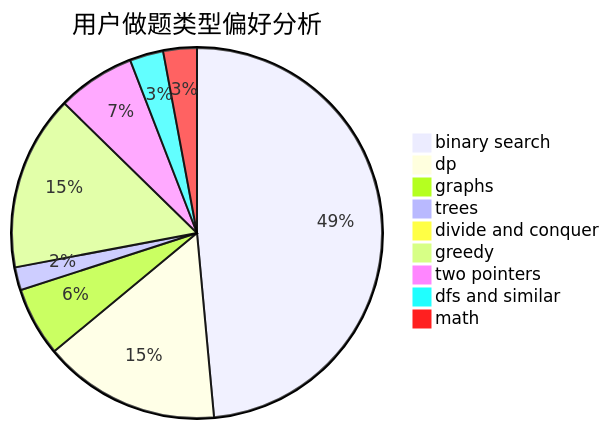
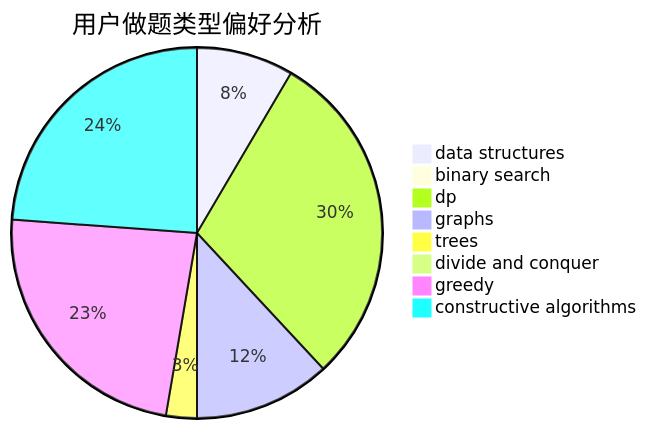
The second of 3 diagrams in docs/user/u1537.md (sherpahu/cfrs.github.io), drawn with Mermaid before and after one commit. The commit also changed other lines of this file and 2775 other files, not shown here.

````diff
--- a/docs/user/u1537.md
+++ b/docs/user/u1537.md
@@ -23,12 +23,11 @@
 ```mermaid
 pie title 用户做题类型偏好分析
-    "binary search" :  314
-    "dp" :  100
-    "graphs" :  39
-    "trees" :  13
+    "data structures" :  22
+    "binary search" :  0
+    "dp" :  77
+    "graphs" :  31
+    "trees" :  7
     "divide and conquer" :  0
-    "greedy" :  99
-    "two pointers" :  44
-    "dfs and similar" :  19
-    "math" :  19
+    "greedy" :  61
+    "constructive algorithms" :  62
 ```
````
